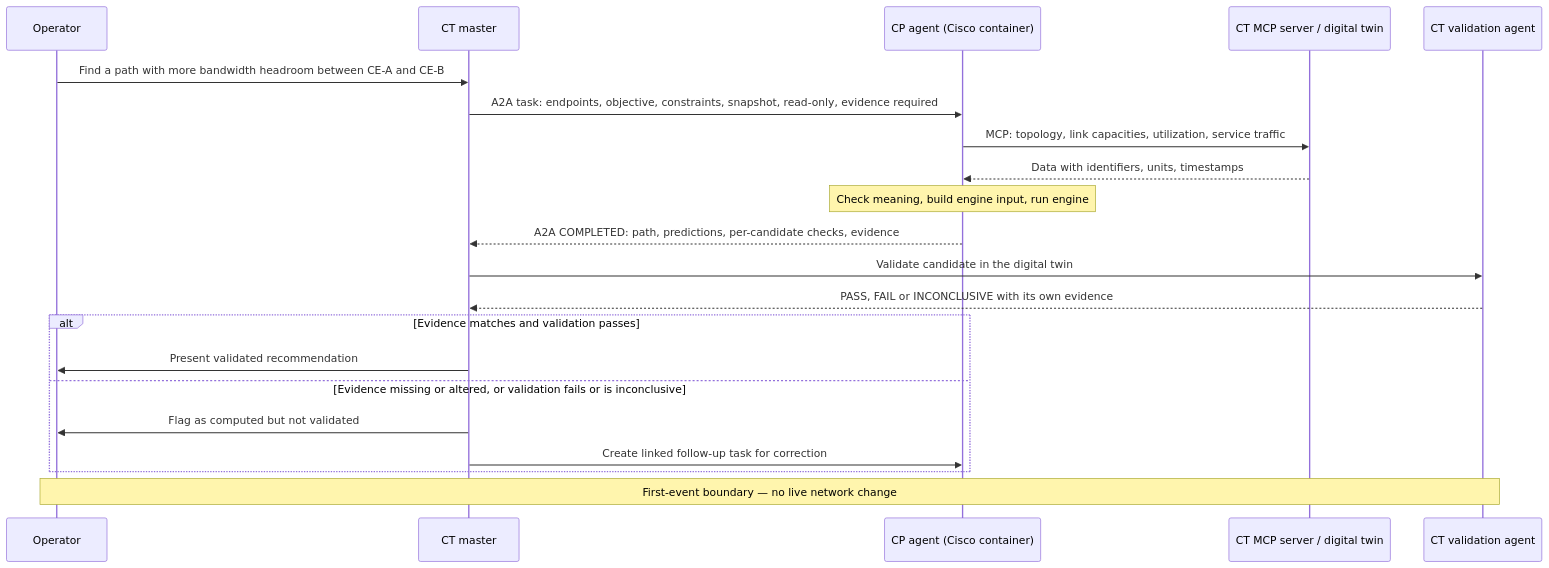
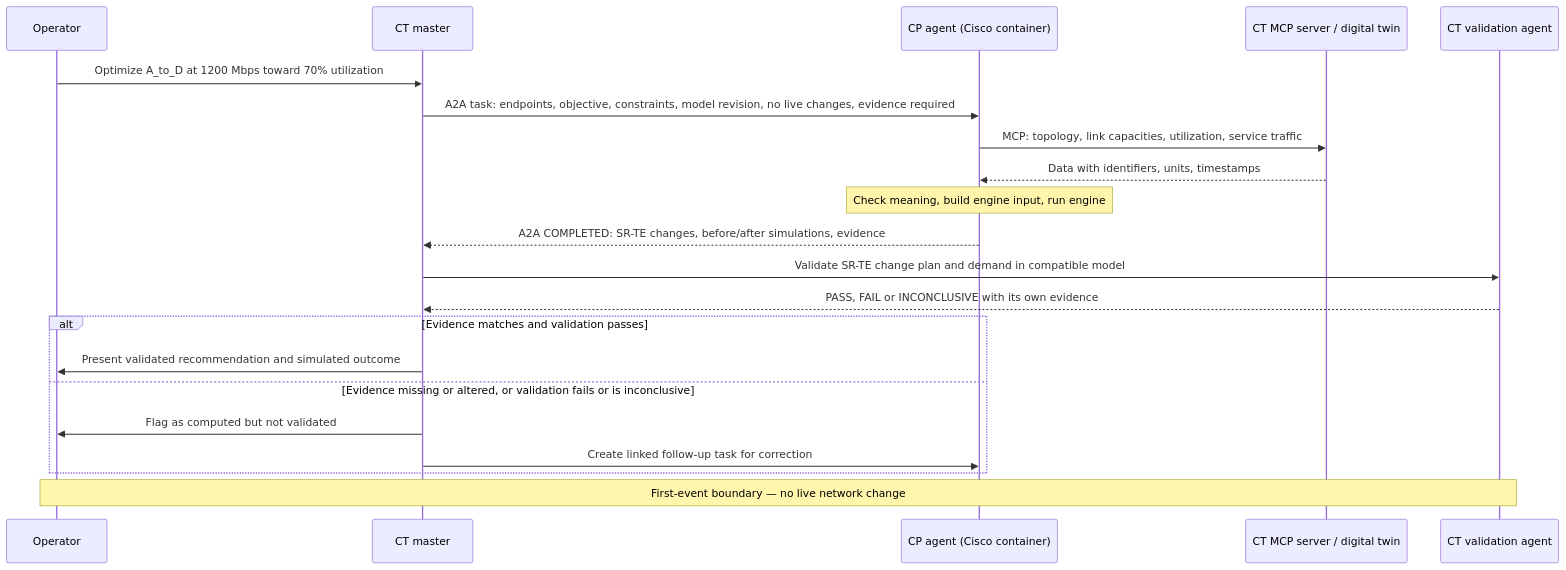
Before and after one commit to dan-voyer/IETF-Hackathon: the second of 2 diagrams in AINETOPS-IETF127-Hackathon.md, drawn with Mermaid. The commit also changed other lines of this file, not shown here.

````diff
--- a/AINETOPS-IETF127-Hackathon.md
+++ b/AINETOPS-IETF127-Hackathon.md
@@ -84,23 +122,23 @@
 ```mermaid
 sequenceDiagram
     participant O as Operator
     participant M as CT master
     participant P as CP agent (Cisco container)
     participant S as CT MCP server / digital twin
     participant V as CT validation agent
-    O->>M: Find a path with more bandwidth headroom between CE-A and CE-B
-    M->>P: A2A task: endpoints, objective, constraints, snapshot, read-only, evidence required
+    O->>M: Optimize A_to_D at 1200 Mbps toward 70% utilization
+    M->>P: A2A task: endpoints, objective, constraints, model revision, no live changes, evidence required
     P->>S: MCP: topology, link capacities, utilization, service traffic
     S-->>P: Data with identifiers, units, timestamps
     Note over P: Check meaning, build engine input, run engine
-    P-->>M: A2A COMPLETED: path, predictions, per-candidate checks, evidence
-    M->>V: Validate candidate in the digital twin
+    P-->>M: A2A COMPLETED: SR-TE changes, before/after simulations, evidence
+    M->>V: Validate SR-TE change plan and demand in compatible model
     V-->>M: PASS, FAIL or INCONCLUSIVE with its own evidence
     alt Evidence matches and validation passes
-        M->>O: Present validated recommendation
+        M->>O: Present validated recommendation and simulated outcome
     else Evidence missing or altered, or validation fails or is inconclusive
         M->>O: Flag as computed but not validated
         M->>P: Create linked follow-up task for correction
     end
     Note over O,V: First-event boundary — no live network change
 ```
````
